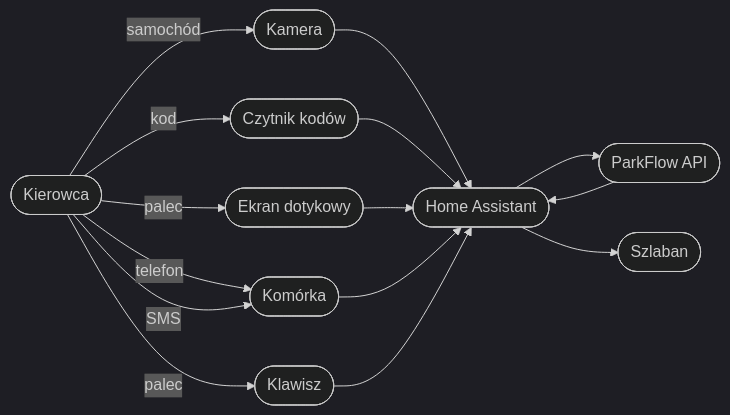
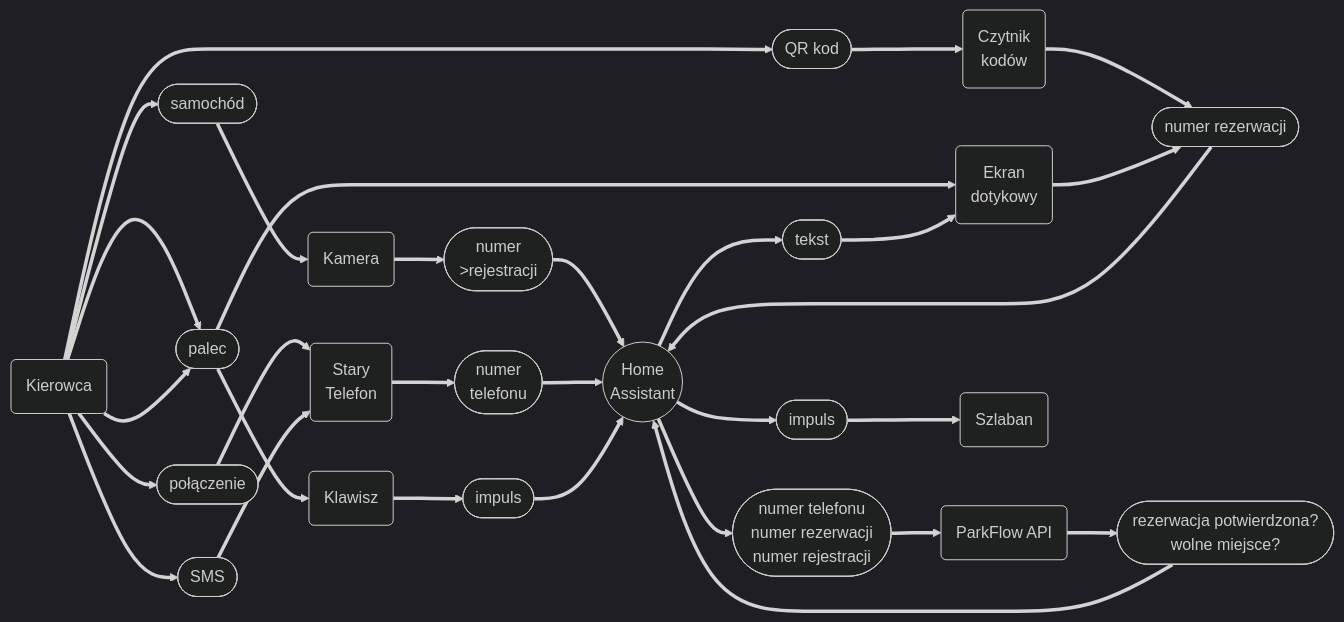
One commit to gaman-pl/park-pal changed the first of 2 diagrams in README.md. Above: the diagram before and after it, drawn with Mermaid (dark theme). The commit also changed other lines of this file, not shown here.

````diff
--- a/README.md
+++ b/README.md
@@ -19,17 +19,18 @@
 ```mermaid
 flowchart LR
-    actor([Kierowca]) --samochód--> iCAM([Kamera])
-    actor --kod--> iQR([Czytnik kodów])
-    actor --palec--> iTS([Ekran dotykowy])
-    actor --telefon--> iPH([Komórka])
-    actor --SMS--> iPH([Komórka])
-    actor --palec--> iBP([Klawisz])
-    iCAM --> HA([Home Assistant])
-    iQR --> HA
-    iTS --> HA
-    iPH --> HA
-    iBP --> HA
-    HA --> PF([ParkFlow API])
-    PF --> HA
-    HA --> G([Szlaban])
+    actor(Kierowca) ==> eCar([samochód]) ==> iCam(Kamera)
+    actor ==> eCode([QR kod]) ==> iQR(Czytnik<br />kodów)
+    actor ==> eFinger([palec]) ==> iTS(Ekran<br />dotykowy)
+    actor ==> eFinger ==> iBP(Klawisz)
+    actor ==> ePhone([połączenie]) ==> iPH(Komórka)
+    actor ==> eMess([SMS]) ==> iPH(Stary<br />Telefon)
+    iCam ==> ePlate([numer<br />>rejestracji]) ==> HA((Home<br />Assistant))
+    iQR ==> eID([numer rezerwacji]) ==> HA
+    iTS ==> eID
+    HA ==> eReq([tekst]) ==> iTS
+    iPH ==> ePN([numer<br />telefonu]) ==> HA
+    iBP ==> eTrig1([impuls]) ==> HA
+    HA ==> eDS([numer telefonu<br />numer rezerwacji<br />numer rejestracji]) ==> apiPF(ParkFlow API)
+    apiPF ==> eRS([rezerwacja potwierdzona?<br />wolne miejsce?]) ==> HA
+    HA ==> eTrig2([impuls]) ==> G(Szlaban)
 ```
````
